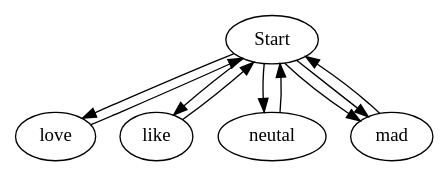
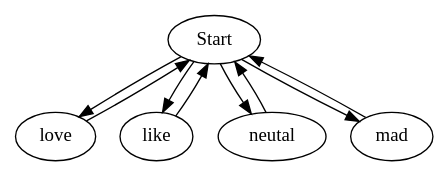
One commit to MayerDaniel/twinetext_lucy changed the diagram in bossnass.gv. Above: the diagram before and after it, drawn with Graphviz. The commit also changed 7 other files, not shown here.

```diff
--- a/bossnass.gv
+++ b/bossnass.gv
@@ -1,17 +1,16 @@
 // bossnass
 digraph {
 	1 [label=Start]
 	2 [label=love]
 	3 [label=like]
 	4 [label=neutal]
 	5 [label=mad]
-	1 -> 5
 	1 -> 2
 	1 -> 3
 	1 -> 4
 	1 -> 5
 	2 -> 1
 	3 -> 1
 	4 -> 1
 	5 -> 1
 }
```
